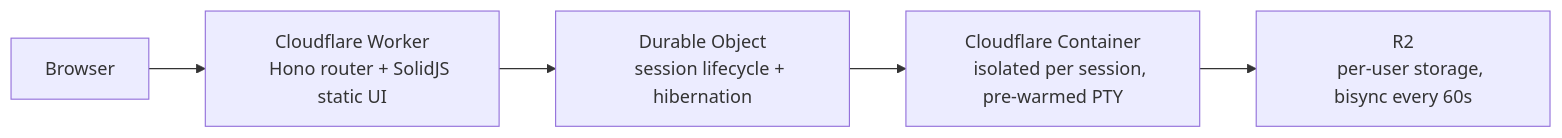
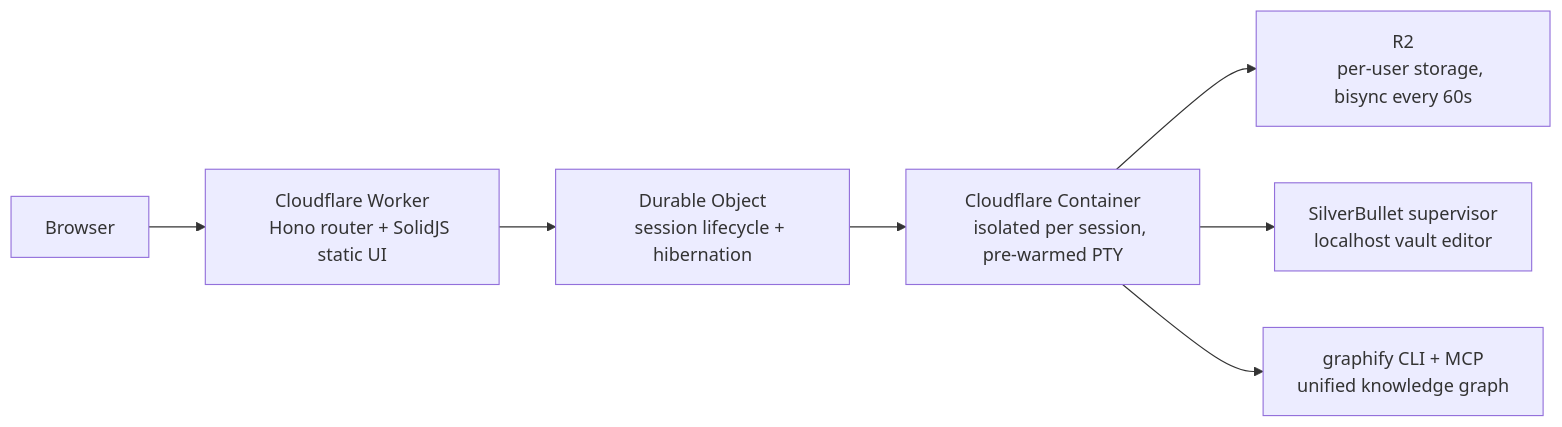
Before and after one commit to sawyelin1011/codeflare: the diagram in preseed/tutorials/Documentation/Readme.md, drawn with Mermaid. The commit also changed other lines of this file and 51 other files, not shown here.

````diff
--- a/preseed/tutorials/Documentation/Readme.md
+++ b/preseed/tutorials/Documentation/Readme.md
@@ -45,11 +64,15 @@
 ```mermaid
 flowchart LR
     A[Browser] --> B["Cloudflare Worker
     Hono router + SolidJS static UI"]
     B --> C["Durable Object
     session lifecycle + hibernation"]
     C --> D["Cloudflare Container
     isolated per session, pre-warmed PTY"]
     D --> E["R2
     per-user storage, bisync every 60s"]
+    D --> F["SilverBullet supervisor
+    localhost vault editor"]
+    D --> G["graphify CLI + MCP
+    unified knowledge graph"]
 ```
````
